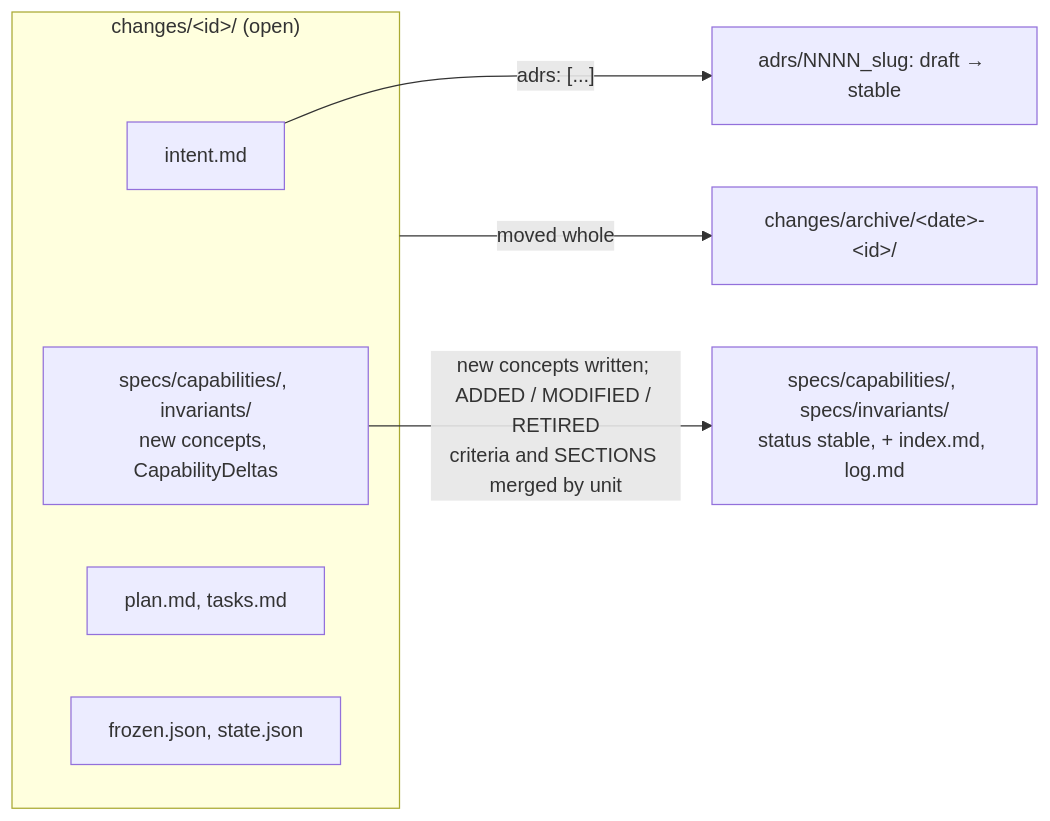
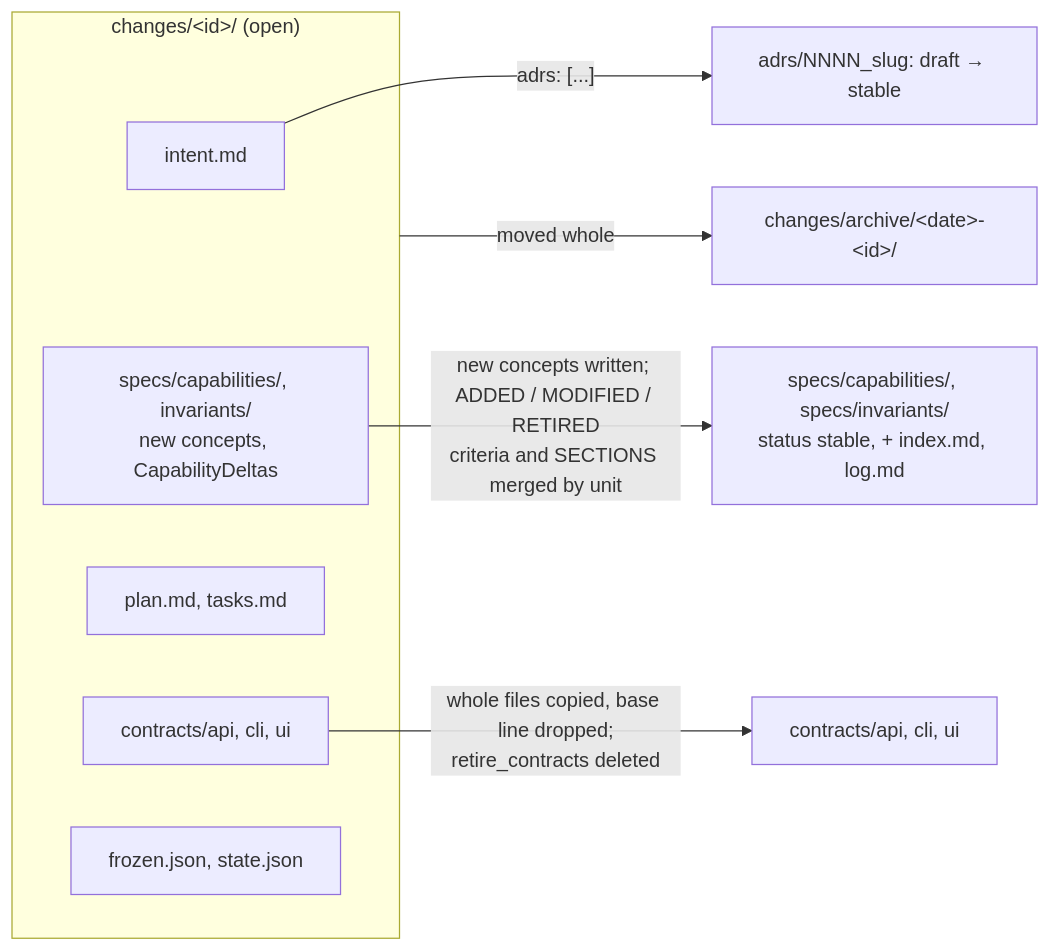
One commit to gpr/claude-plugins changed the diagram in plugins/meta/sdd/docs/reference/repo-layout.md. Above: the diagram before and after it, drawn with Mermaid. The commit also changed other lines of this file and 37 other files, not shown here.

Commit message:
feat(sdd): contract step with TypeSpec API, CLI synopsis and UI mockup (#30)

````diff
--- a/plugins/meta/sdd/docs/reference/repo-layout.md
+++ b/plugins/meta/sdd/docs/reference/repo-layout.md
@@ -43,12 +45,14 @@
 ```mermaid
 flowchart LR
     subgraph open ["changes/&lt;id&gt;/ (open)"]
         I[intent.md]
         DL["specs/capabilities/, invariants/<br/>new concepts, CapabilityDeltas"]
         PT[plan.md, tasks.md]
+        CT["contracts/api, cli, ui"]
         FJ[frozen.json, state.json]
     end
     DL -- "new concepts written; ADDED / MODIFIED / RETIRED<br/>criteria and SECTIONS merged by unit" --> LS["specs/capabilities/, specs/invariants/<br/>status stable, + index.md, log.md"]
+    CT -- "whole files copied, base line dropped;<br/>retire_contracts deleted" --> LC["contracts/api, cli, ui"]
     I -- "adrs: [...]" --> ADR["adrs/NNNN_slug: draft → stable"]
     open -- "moved whole" --> AR["changes/archive/&lt;date&gt;-&lt;id&gt;/"]
 ```
````
